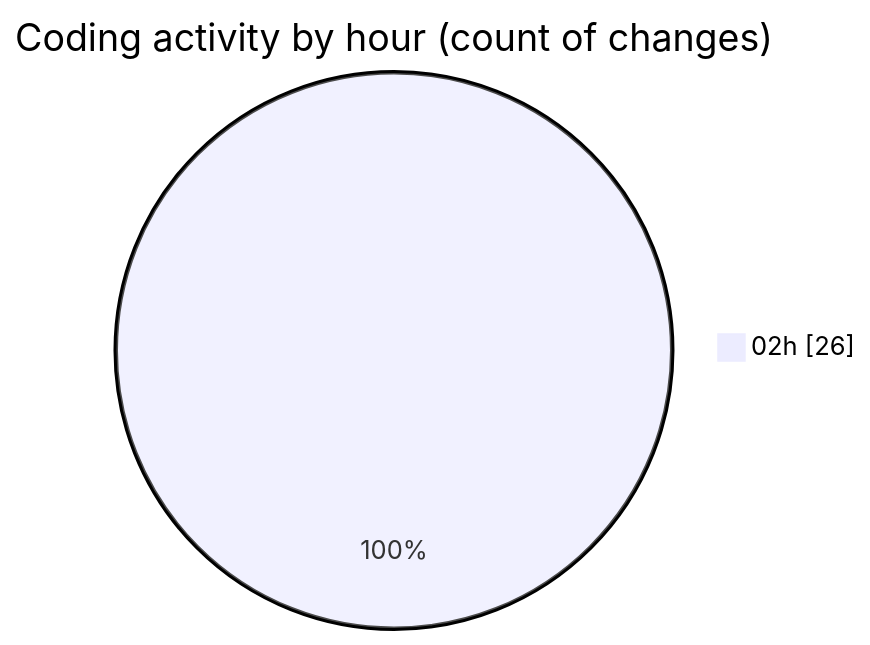
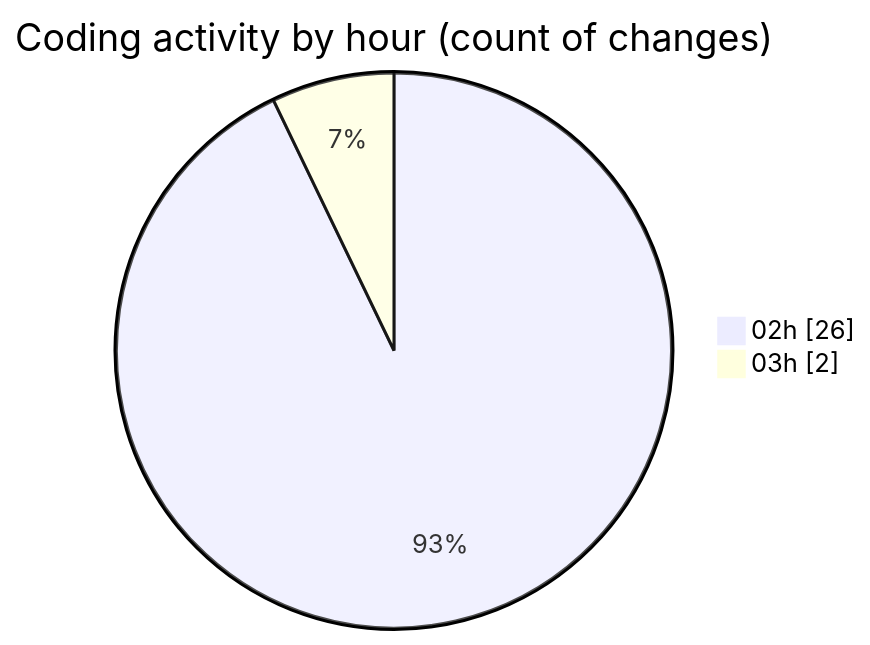
One commit to charlie-sans/code-tracking changed the second of 2 diagrams in 2025-02-22/micros/README.md. Above: the diagram before and after it, drawn with Mermaid. The commit also changed other lines of this file and 1 other file, not shown here.

````diff
--- a/2025-02-22/micros/README.md
+++ b/2025-02-22/micros/README.md
@@ -35,5 +35,6 @@
 ```mermaid
 pie showData
 title Coding activity by hour (count of changes)
 "02h" : 26
+"03h" : 2
 ```
````
